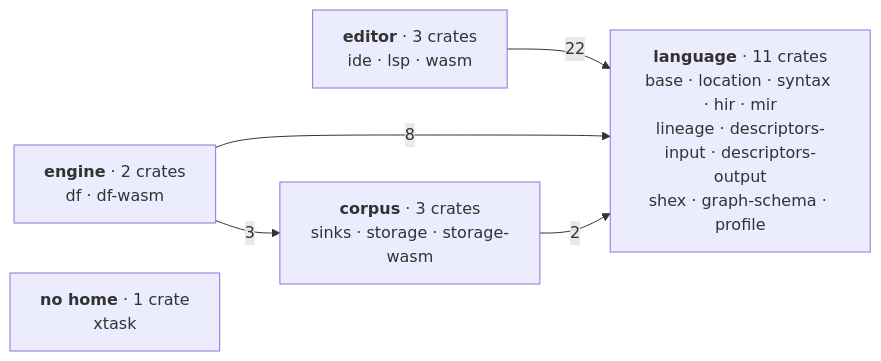
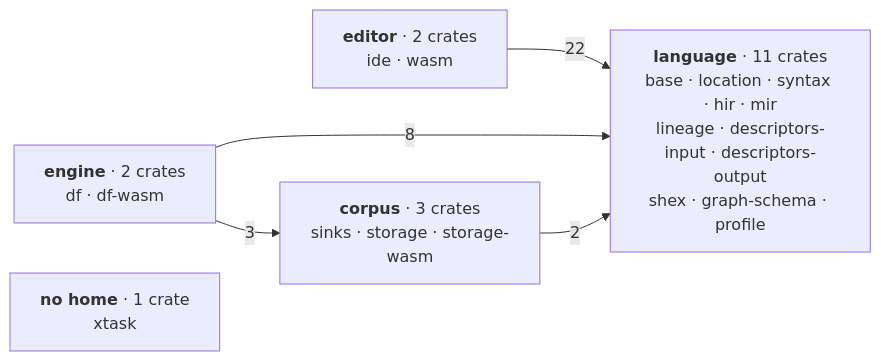
One commit to Kanzo-Tech/fossil-lang changed the first of 3 diagrams in docs/content/docs/(root)/architecture.mdx. Above: the diagram before and after it, drawn with Mermaid. The commit also changed other lines of this file and 75 other files, not shown here.

````diff
--- a/docs/content/docs/(root)/architecture.mdx
+++ b/docs/content/docs/(root)/architecture.mdx
@@ -92,13 +92,13 @@
 ```mermaid
 graph LR
   L["<b>language</b> · 11 crates<br/>base · location · syntax · hir · mir<br/>lineage · descriptors-input · descriptors-output<br/>shex · graph-schema · profile"]
-  E["<b>editor</b> · 3 crates<br/>ide · lsp · wasm"]
+  E["<b>editor</b> · 2 crates<br/>ide · wasm"]
   M["<b>engine</b> · 2 crates<br/>df · df-wasm"]
   C["<b>corpus</b> · 3 crates<br/>sinks · storage · storage-wasm"]
   X["<b>no home</b> · 1 crate<br/>xtask"]
 
   E -->|22| L
   M -->|8| L
   M -->|3| C
   C -->|2| L
 ```
````
